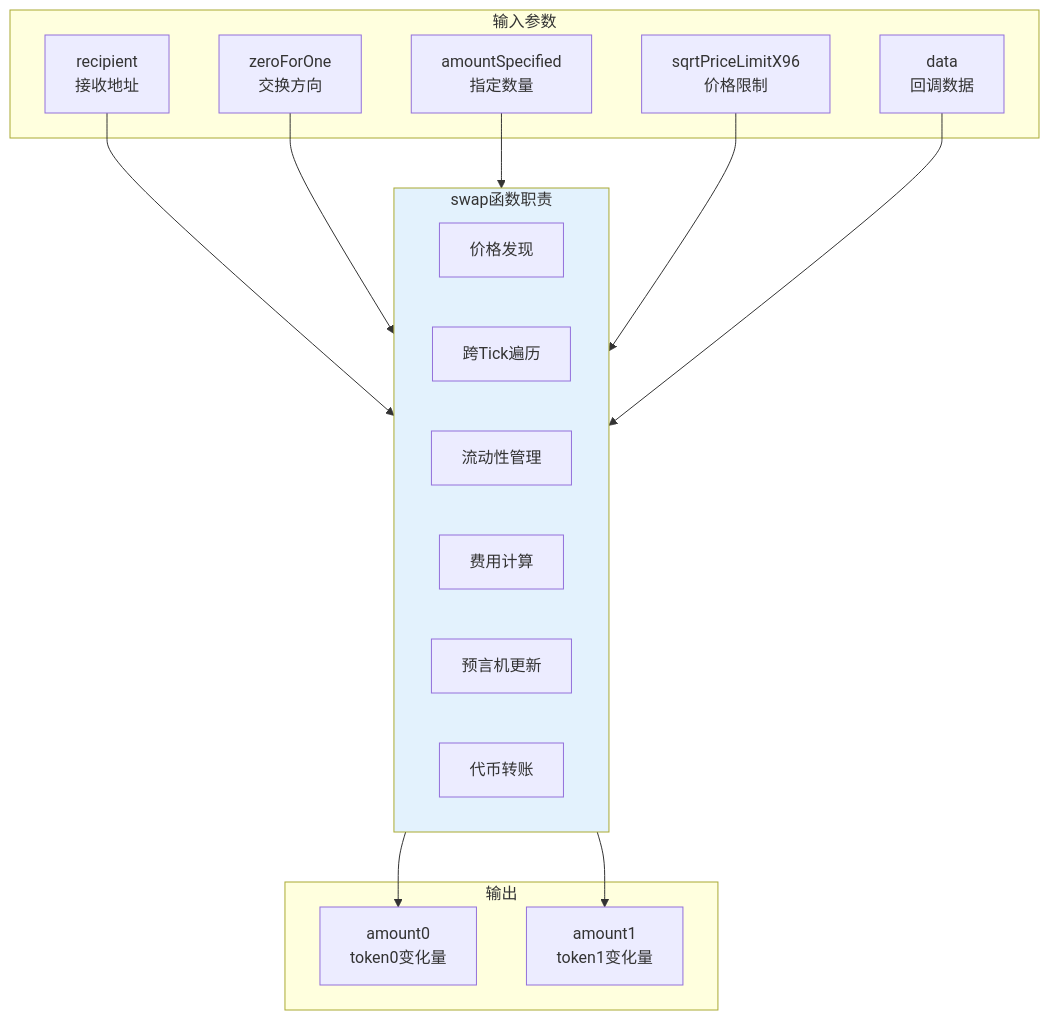
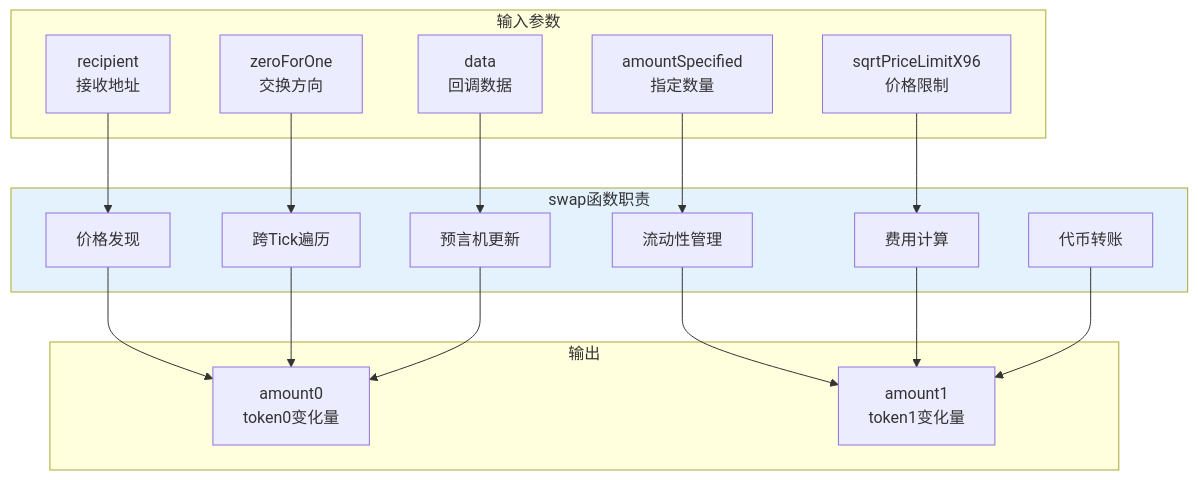
The first of 16 diagrams in DApp_Development/应用场景/defi/uniswap/v3/04-交换机制深度解析.md (blockchainGuide/blockchainguide), drawn with Mermaid before and after one commit. The commit also changed other lines of this file and 14 other files, not shown here.

````diff
--- a/DApp_Development/应用场景/defi/uniswap/v3/04-交换机制深度解析.md
+++ b/DApp_Development/应用场景/defi/uniswap/v3/04-交换机制深度解析.md
@@ -25,29 +25,38 @@
 ```mermaid
 flowchart TB
     subgraph InputParams["输入参数"]
         R[recipient<br/>接收地址]
         Z[zeroForOne<br/>交换方向]
         A[amountSpecified<br/>指定数量]
         S[sqrtPriceLimitX96<br/>价格限制]
         D[data<br/>回调数据]
     end
 
     subgraph SwapFunctions["swap函数职责"]
         P1[价格发现]
         P2[跨Tick遍历]
         P3[流动性管理]
         P4[费用计算]
         P5[预言机更新]
         P6[代币转账]
     end
 
     subgraph Output["输出"]
         O1[amount0<br/>token0变化量]
         O2[amount1<br/>token1变化量]
     end
 
-    R & Z & A & S & D --> SwapFunctions
-    SwapFunctions --> O1 & O2
+    R --> P1
+    Z --> P2
+    A --> P3
+    S --> P4
+    D --> P5
+    P1 --> O1
+    P2 --> O1
+    P3 --> O2
+    P4 --> O2
+    P5 --> O1
+    P6 --> O2
 
     style SwapFunctions fill:#e3f2fd
 ```
````
